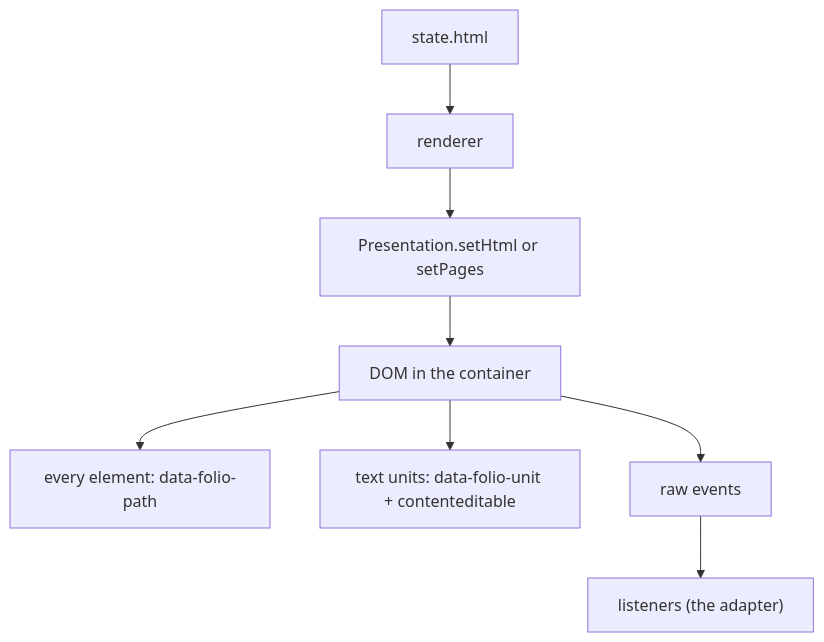
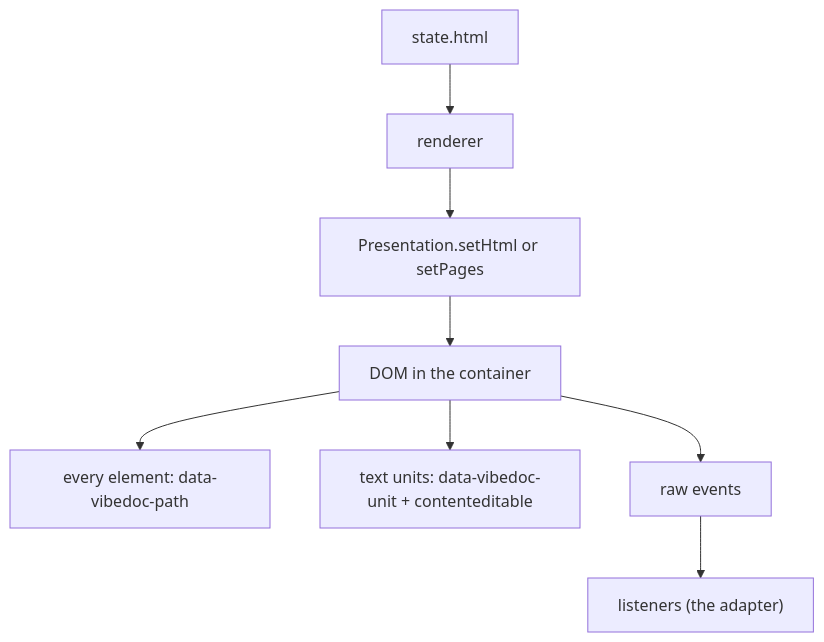
Before and after one commit to EmilKronholm/vibedocwithsoap: diagram 40 of 47 in docs/onboarding.md, drawn with Mermaid. The commit also changed other lines of this file and 65 other files, not shown here.

````diff
--- a/docs/onboarding.md
+++ b/docs/onboarding.md
@@ -1613,10 +1613,10 @@
 ```mermaid
 flowchart TB
   state["state.html"] --> render["renderer"]
   render --> p["Presentation.setHtml or setPages"]
   p --> dom["DOM in the container"]
-  dom --> stamp["every element: data-folio-path"]
-  dom --> units["text units: data-folio-unit + contenteditable"]
+  dom --> stamp["every element: data-vibedoc-path"]
+  dom --> units["text units: data-vibedoc-unit + contenteditable"]
   dom --> events["raw events"]
   events --> listeners["listeners (the adapter)"]
 ```
````
